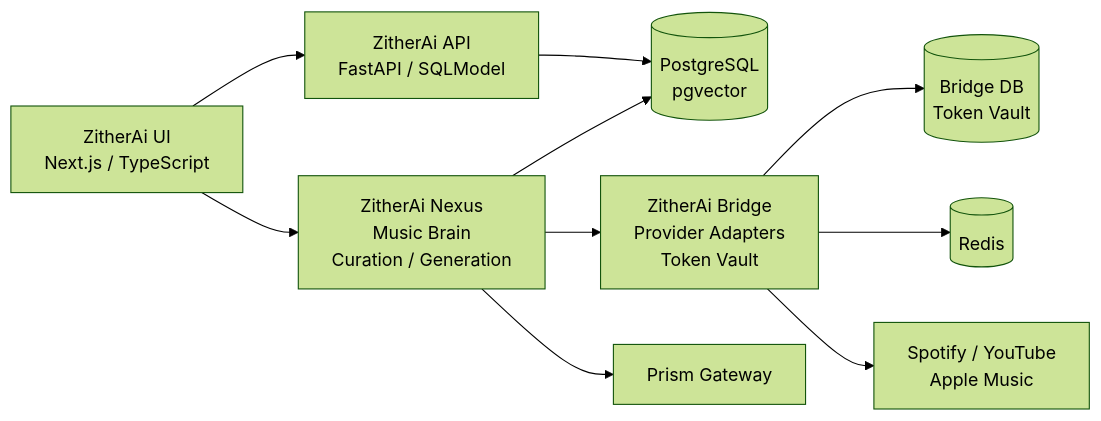
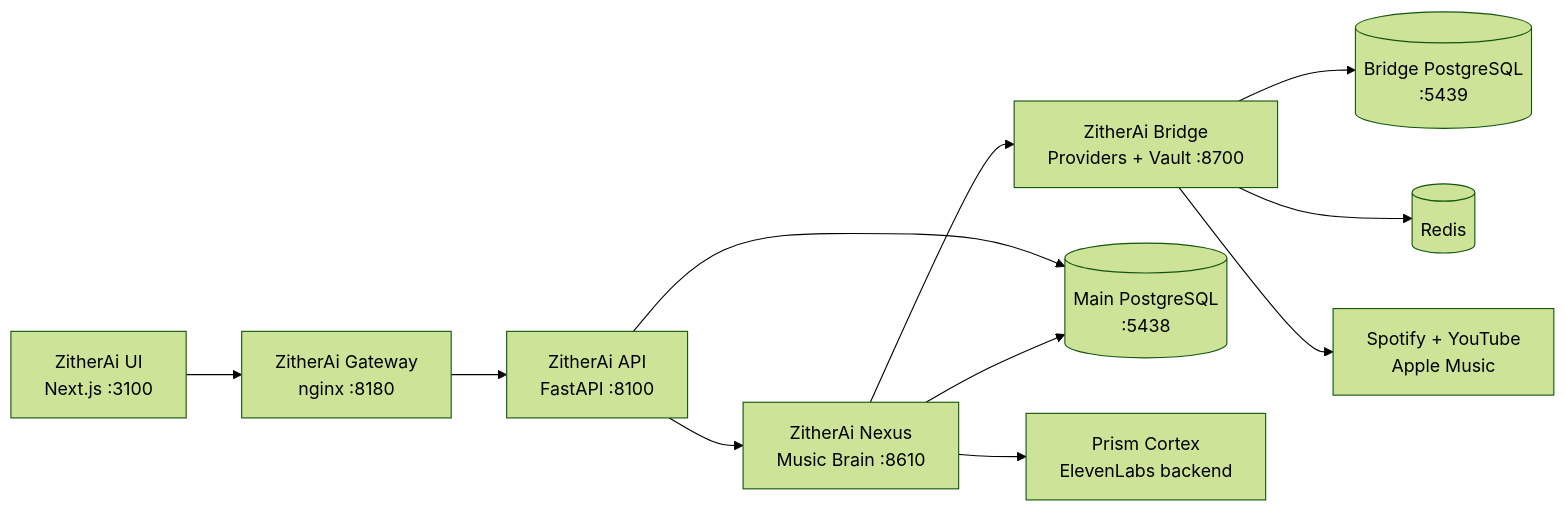
Before and after one commit to vsinghal3737/vsinghal3737: the third of 8 diagrams in README.md, drawn with Mermaid (forest theme). The commit also changed other lines of this file, not shown here.

````diff
--- a/README.md
+++ b/README.md
@@ -137,22 +161,24 @@
 ```mermaid
 flowchart LR
-    ZUI["ZitherAi UI<br/>Next.js / TypeScript"]
-    ZAPI["ZitherAi API<br/>FastAPI / SQLModel"]
-    ZNexus["ZitherAi Nexus<br/>Music Brain<br/>Curation / Generation"]
-    ZBridge["ZitherAi Bridge<br/>Provider Adapters<br/>Token Vault"]
-    PG[("PostgreSQL<br/>pgvector")]
-    BridgeDB[("Bridge DB<br/>Token Vault")]
+    ZUI["ZitherAi UI<br/>Next.js :3100"]
+    ZGW["ZitherAi Gateway<br/>nginx :8180"]
+    ZAPI["ZitherAi API<br/>FastAPI :8100"]
+    ZNexus["ZitherAi Nexus<br/>Music Brain :8610"]
+    ZBridge["ZitherAi Bridge<br/>Providers + Vault :8700"]
+    MainDB[("Main PostgreSQL<br/>:5438")]
+    BridgeDB[("Bridge PostgreSQL<br/>:5439")]
     Redis[("Redis")]
-    Providers["Spotify / YouTube<br/>Apple Music"]
-    Gateway["Prism Gateway"]
+    Providers["Spotify + YouTube<br/>Apple Music"]
+    Prism["Prism Cortex<br/>ElevenLabs backend"]
 
-    ZUI --> ZAPI
-    ZUI --> ZNexus
-    ZAPI --> PG
-    ZNexus --> PG
+    ZUI --> ZGW
+    ZGW --> ZAPI
+    ZAPI --> ZNexus
+    ZAPI --> MainDB
+    ZNexus --> MainDB
     ZNexus --> ZBridge
-    ZNexus --> Gateway
+    ZNexus --> Prism
     ZBridge --> BridgeDB
     ZBridge --> Redis
     ZBridge --> Providers
 ```
````
